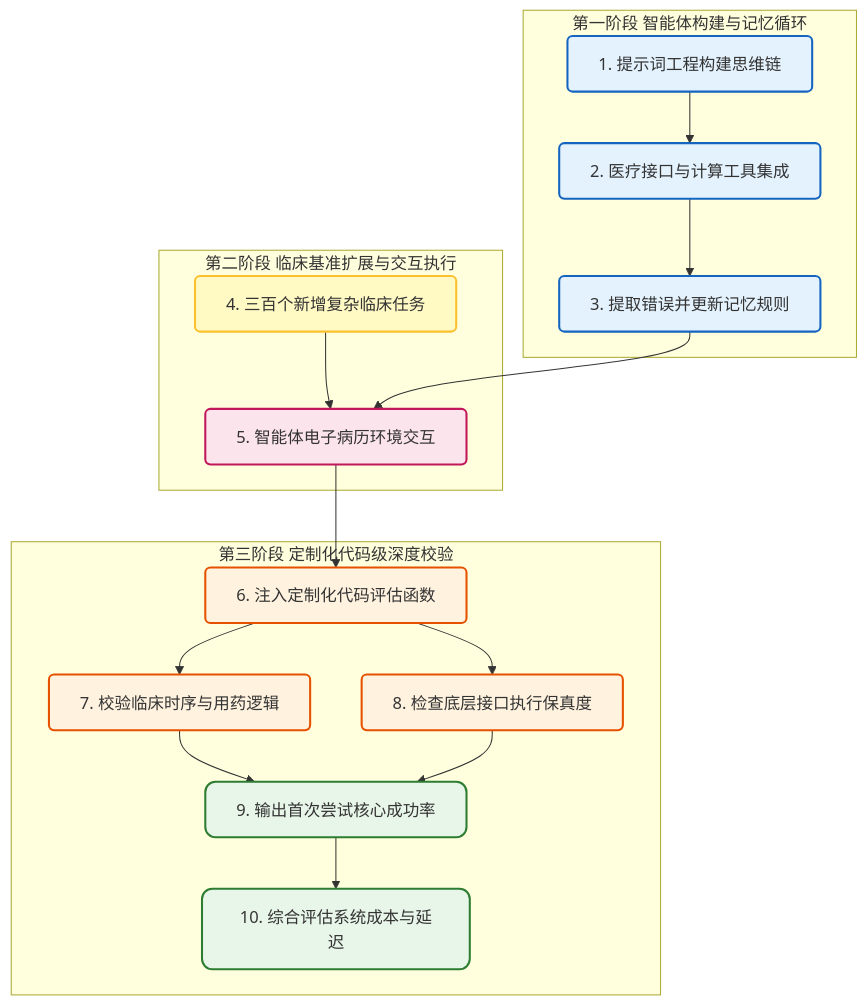
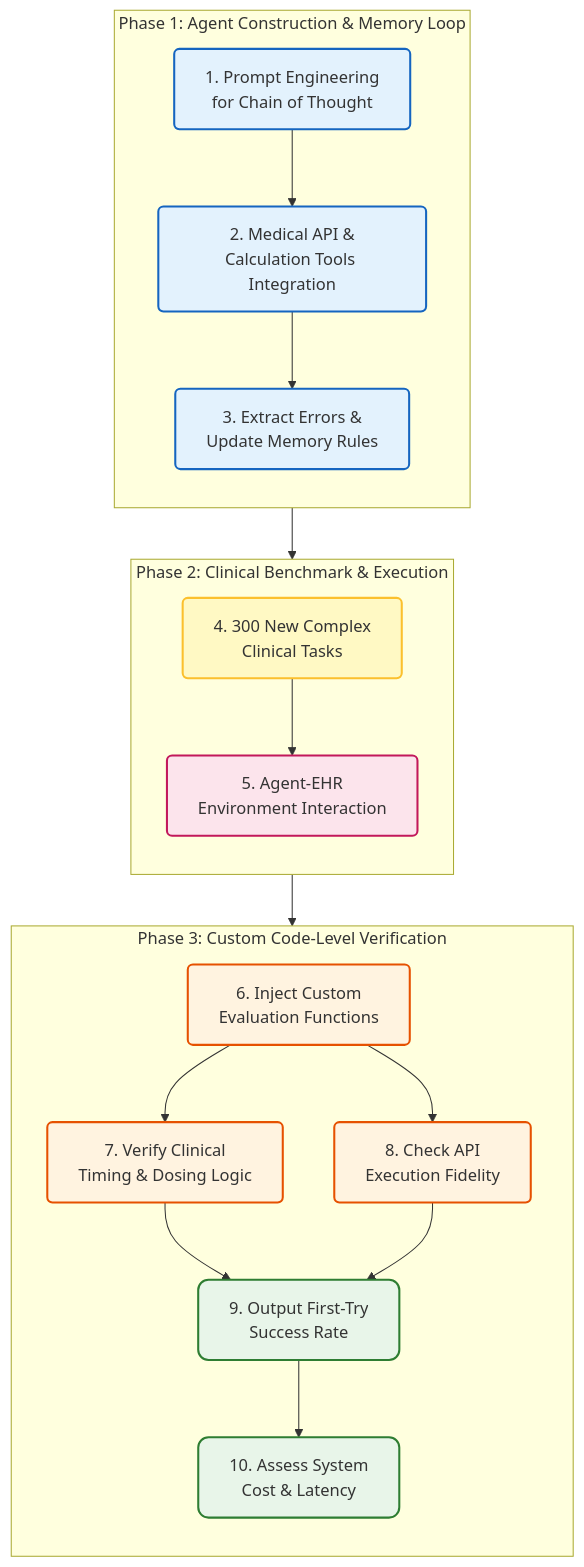
One commit to hhtrocket/HHT-Benchmark-dataset changed the second of 2 diagrams in Literature Review/medical background AI agent evaluation.md. Above: the diagram before and after it, drawn with Mermaid.

Commit message:
Update medical background AI agent evaluation.md

````diff
--- a/Literature Review/medical background AI agent evaluation.md
+++ b/Literature Review/medical background AI agent evaluation.md
@@ -74,40 +74,43 @@
 ```mermaid
 graph TD
     classDef phase1 fill:#e3f2fd,stroke:#1565c0,stroke-width:2px,rx:5,ry:5;
     classDef phase2 fill:#fce4ec,stroke:#c2185b,stroke-width:2px,rx:5,ry:5;
     classDef phase3 fill:#fff3e0,stroke:#e65100,stroke-width:2px,rx:5,ry:5;
     classDef input fill:#fff9c4,stroke:#fbc02d,stroke-width:2px,rx:5,ry:5;
     classDef report fill:#e8f5e9,stroke:#2e7d32,stroke-width:2px,rx:10,ry:10;
 
-    subgraph P1 [第一阶段 智能体构建与记忆循环]
-        N1["1. 提示词工程构建思维链"]:::phase1
-        N2["2. 医疗接口与计算工具集成"]:::phase1
-        N3["3. 提取错误并更新记忆规则"]:::phase1
+    subgraph P1 [ Phase 1: Agent Construction & Memory Loop ]
+        direction TB
+        N1["1. Prompt Engineering<br/>for Chain of Thought"]:::phase1
+        N2["2. Medical API &<br/>Calculation Tools Integration"]:::phase1
+        N3["3. Extract Errors &<br/>Update Memory Rules"]:::phase1
         
         N1 --> N2
         N2 --> N3
     end
 
-    subgraph P2 [第二阶段 临床基准扩展与交互执行]
-        N4["4. 三百个新增复杂临床任务"]:::input
-        N5["5. 智能体电子病历环境交互"]:::phase2
+    subgraph P2 [ Phase 2: Clinical Benchmark & Execution ]
+        direction TB
+        N4["4. 300 New Complex<br/>Clinical Tasks"]:::input
+        N5["5. Agent-EHR<br/>Environment Interaction"]:::phase2
         
         N4 --> N5
     end
 
-    subgraph P3 [第三阶段 定制化代码级深度校验]
-        N6["6. 注入定制化代码评估函数"]:::phase3
-        N7["7. 校验临床时序与用药逻辑"]:::phase3
-        N8["8. 检查底层接口执行保真度"]:::phase3
-        N9["9. 输出首次尝试核心成功率"]:::report
-        N10["10. 综合评估系统成本与延迟"]:::report
+    subgraph P3 [ Phase 3: Custom Code-Level Verification ]
+        direction TB
+        N6["6. Inject Custom<br/>Evaluation Functions"]:::phase3
+        N7["7. Verify Clinical<br/>Timing & Dosing Logic"]:::phase3
+        N8["8. Check API<br/>Execution Fidelity"]:::phase3
+        N9["9. Output First-Try<br/>Success Rate"]:::report
+        N10["10. Assess System<br/>Cost & Latency"]:::report
         
         N6 --> N7
         N6 --> N8
         N7 & N8 --> N9
         N9 --> N10
     end
 
     N3 --> N5
     N5 --> N6
 ```
````
